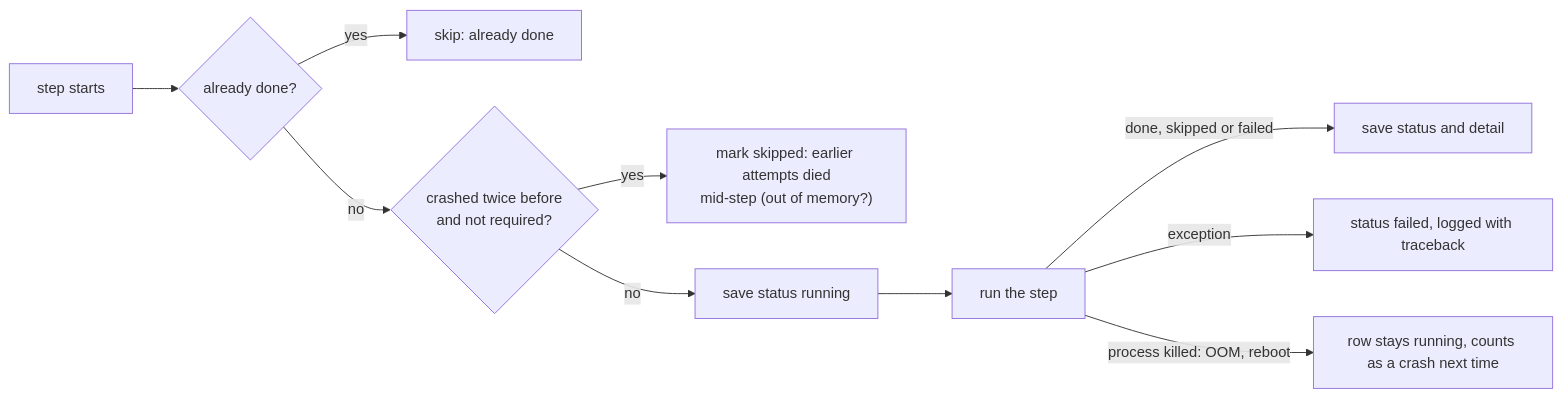
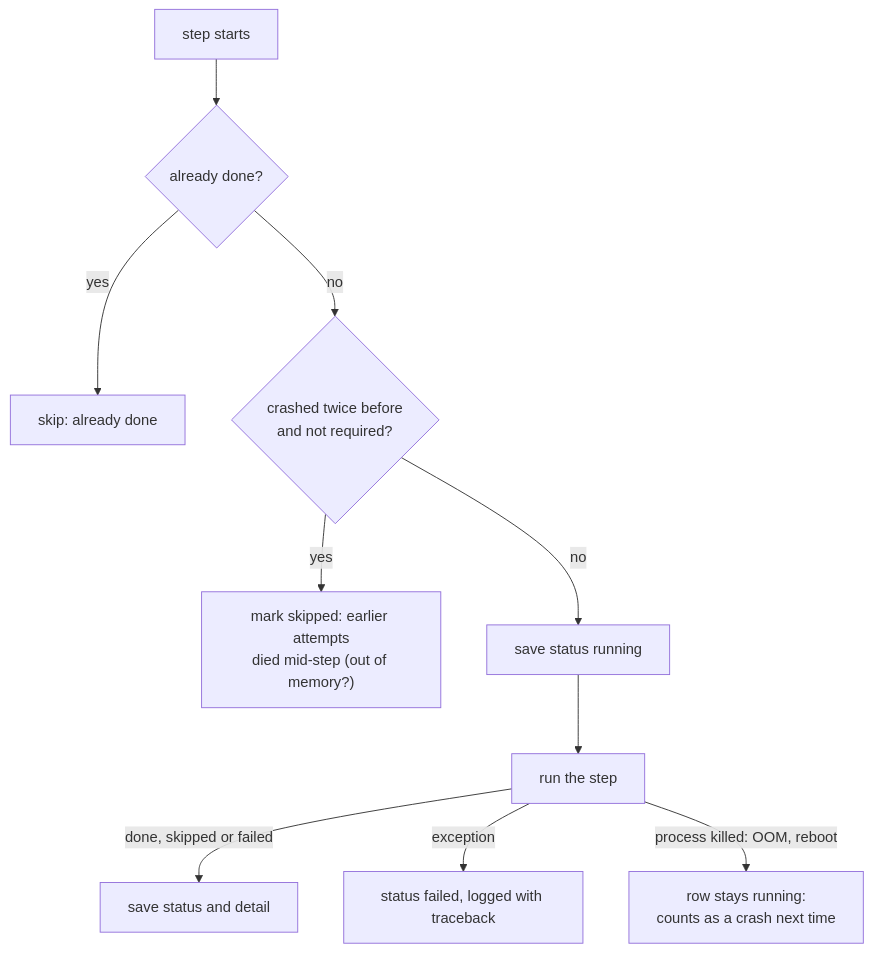
The tenth of 18 diagrams in MONSTER-AI/docs/ARCHITECTURE.md (amansoni7477030/MonsterStock_AI), drawn with Mermaid before and after one commit. The commit also changed other lines of this file and 5 other files, not shown here.

````diff
--- a/MONSTER-AI/docs/ARCHITECTURE.md
+++ b/MONSTER-AI/docs/ARCHITECTURE.md
@@ -470,12 +431,12 @@
 ```mermaid
-flowchart LR
+flowchart TB
     S["step starts"] --> A{"already done?"}
     A -- yes --> D["skip: already done"]
     A -- no --> B{"crashed twice before<br/>and not required?"}
-    B -- yes --> K["mark skipped: earlier attempts died<br/>mid-step (out of memory?)"]
+    B -- yes --> K["mark skipped: earlier attempts<br/>died mid-step (out of memory?)"]
     B -- no --> R["save status running"]
     R --> X["run the step"]
     X -- "done, skipped or failed" --> W["save status and detail"]
     X -- "exception" --> F["status failed, logged with traceback"]
-    X -- "process killed: OOM, reboot" --> C["row stays running, counts as a crash next time"]
+    X -- "process killed: OOM, reboot" --> C["row stays running:<br/>counts as a crash next time"]
 ```
````
